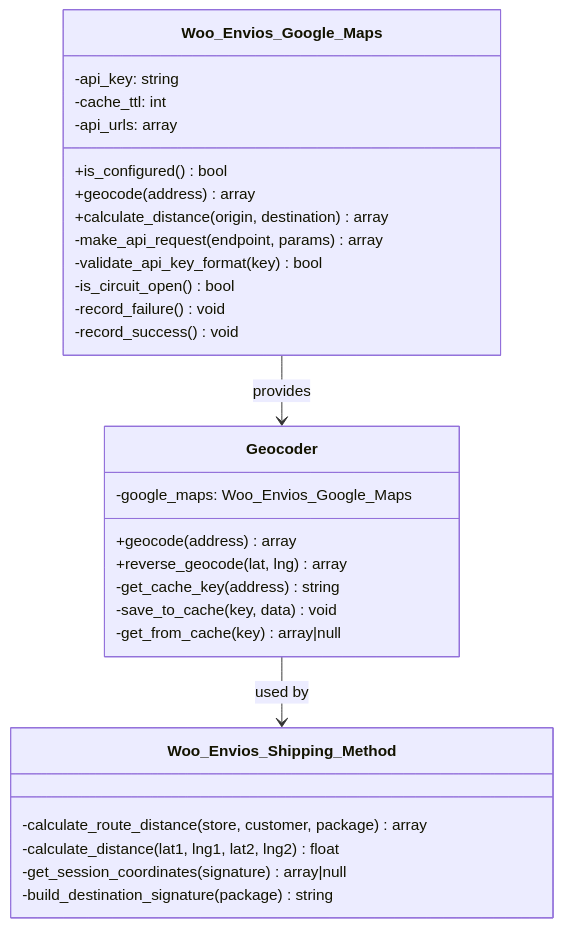
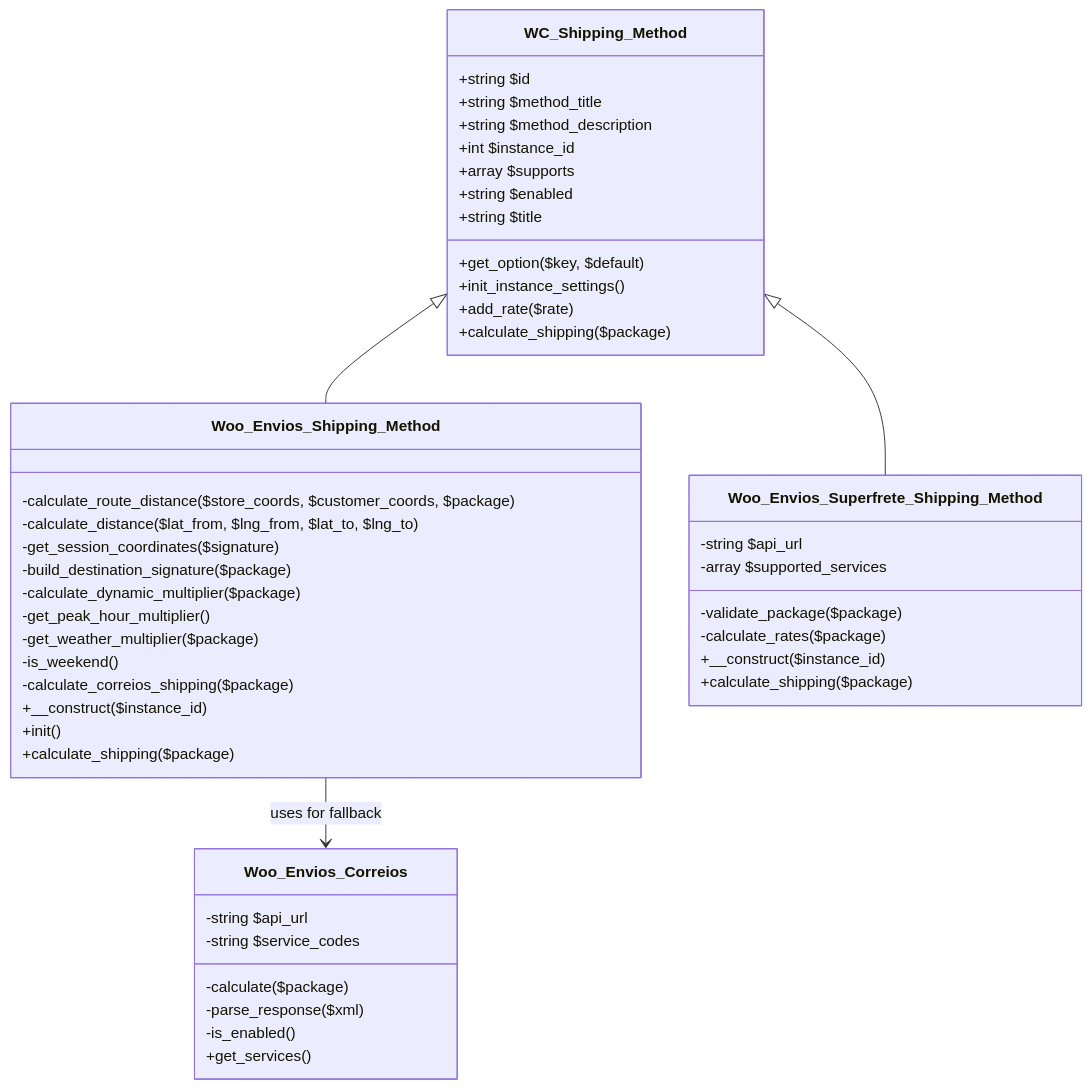
One commit to gustavofullstack/Woo_envios changed the second of 3 diagrams in docs/ARCHITECTURE.md. Above: the diagram before and after it, drawn with Mermaid. The commit also changed other lines of this file and 5 other files, not shown here.

````diff
--- a/docs/ARCHITECTURE.md
+++ b/docs/ARCHITECTURE.md
@@ -146,35 +114,53 @@
 ```mermaid
 classDiagram
-    class Woo_Envios_Google_Maps {
-        -api_key: string
-        -cache_ttl: int
-        -api_urls: array
-        +is_configured() bool
-        +geocode(address) array
-        +calculate_distance(origin, destination) array
-        -make_api_request(endpoint, params) array
-        -validate_api_key_format(key) bool
-        -is_circuit_open() bool
-        -record_failure() void
-        -record_success() void
-    }
-    
-    class Geocoder {
-        -google_maps: Woo_Envios_Google_Maps
-        +geocode(address) array
-        +reverse_geocode(lat, lng) array
-        -get_cache_key(address) string
-        -save_to_cache(key, data) void
-        -get_from_cache(key) array|null
+    class WC_Shipping_Method {
+        +string $id
+        +string $method_title
+        +string $method_description
+        +int $instance_id
+        +array $supports
+        +string $enabled
+        +string $title
+        +get_option($key, $default)
+        +init_instance_settings()
+        +add_rate($rate)
+        +calculate_shipping($package)
     }
     
     class Woo_Envios_Shipping_Method {
-        -calculate_route_distance(store, customer, package) array
-        -calculate_distance(lat1, lng1, lat2, lng2) float
-        -get_session_coordinates(signature) array|null
-        -build_destination_signature(package) string
+        -calculate_route_distance($store_coords, $customer_coords, $package)
+        -calculate_distance($lat_from, $lng_from, $lat_to, $lng_to)
+        -get_session_coordinates($signature)
+        -build_destination_signature($package)
+        -calculate_dynamic_multiplier($package)
+        -get_peak_hour_multiplier()
+        -get_weather_multiplier($package)
+        -is_weekend()
+        -calculate_correios_shipping($package)
+        +__construct($instance_id)
+        +init()
+        +calculate_shipping($package)
     }
     
-    Woo_Envios_Google_Maps --> Geocoder : provides
-    Geocoder --> Woo_Envios_Shipping_Method : used by
+    class Woo_Envios_Correios {
+        -string $api_url
+        -string $service_codes
+        -calculate($package)
+        -parse_response($xml)
+        -is_enabled()
+        +get_services()
+    }
+    
+    class Woo_Envios_Superfrete_Shipping_Method {
+        -string $api_url
+        -array $supported_services
+        -validate_package($package)
+        -calculate_rates($package)
+        +__construct($instance_id)
+        +calculate_shipping($package)
+    }
+    
+    WC_Shipping_Method <|-- Woo_Envios_Shipping_Method
+    WC_Shipping_Method <|-- Woo_Envios_Superfrete_Shipping_Method
+    Woo_Envios_Shipping_Method --> Woo_Envios_Correios : uses for fallback
 ```
````
